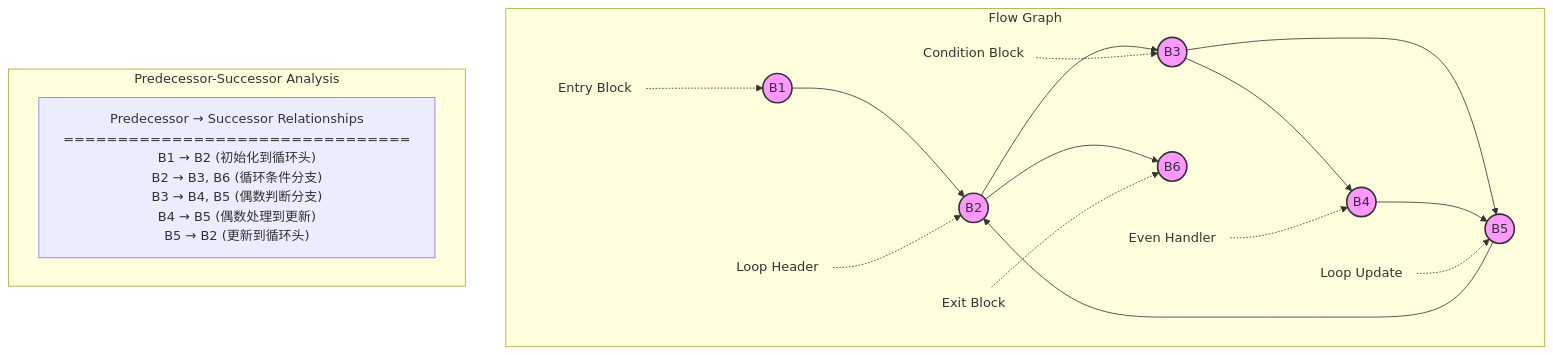
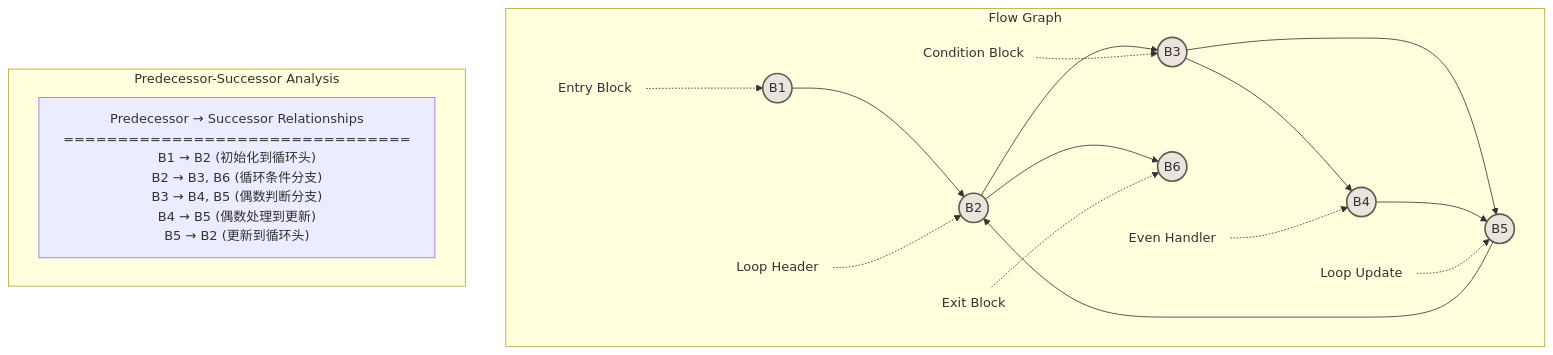
Before and after one commit to yaklang/ssa.to: diagram 14 of 18 in static-analysis-guide/compile-ssa-form.mdx, drawn with Mermaid. The commit also changed other lines of this file and 91 other files, not shown here.

`````diff
--- a/static-analysis-guide/compile-ssa-form.mdx
+++ b/static-analysis-guide/compile-ssa-form.mdx
@@ -903,39 +887,39 @@
 ````mermaid
     graph TB
         subgraph Flow Graph
             direction LR
             B1((B1)) --> B2((B2))
             B2 --> B3((B3))
             B2 --> B6((B6))
             B3 --> B4((B4))
             B3 --> B5((B5))
             B4 --> B5
             B5 --> B2
 
             %% 为节点添加说明标签
             L1[/"Entry Block"/]
             L2[/"Loop Header"/]
             L3[/"Condition Block"/]
             L4[/"Even Handler"/]
             L5[/"Loop Update"/]
             L6[/"Exit Block"/]
 
             %% 连接标签和节点
             L1 -.-> B1
             L2 -.-> B2
             L3 -.-> B3
             L4 -.-> B4
             L5 -.-> B5
             L6 -.-> B6
         end
 
         subgraph Predecessor-Successor Analysis
             direction LR
             X["Predecessor → Successor Relationships<br>================================<br>B1 → B2 (初始化到循环头)<br>B2 → B3, B6 (循环条件分支)<br>B3 → B4, B5 (偶数判断分支)<br>B4 → B5 (偶数处理到更新)<br>B5 → B2 (更新到循环头)"]
         end
 
-        classDef block fill:#f9f,stroke:#333,stroke-width:2px
+        classDef block fill:#ebe3dd,stroke:#52604c,stroke-width:2px
         classDef label fill:none,stroke:none
         class B1,B2,B3,B4,B5,B6 block
         class L1,L2,L3,L4,L5,L6 label
 ````
`````
